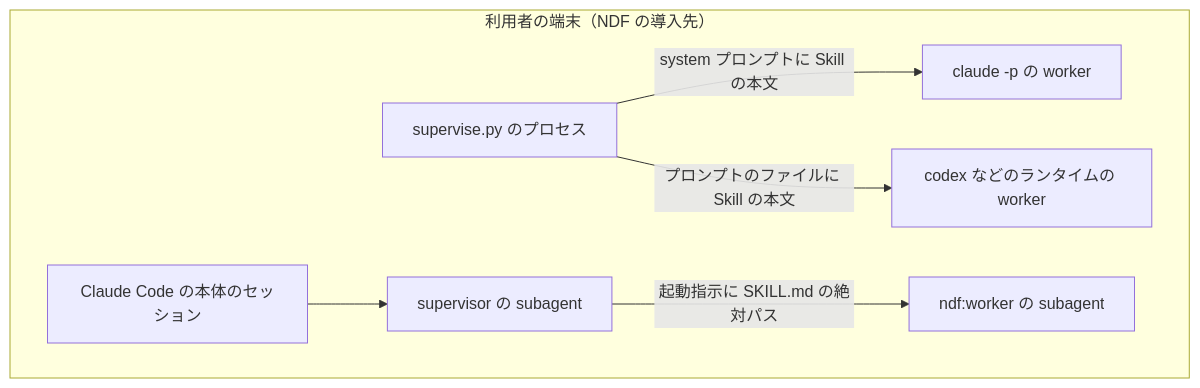
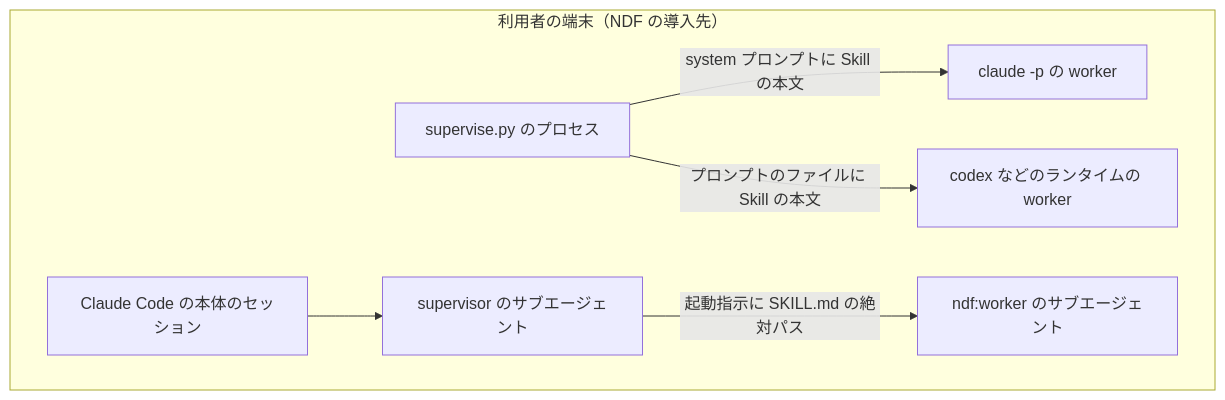
Before and after one commit to devbasex/ai-plugins: the second of 4 diagrams in issues/issue-2376-design.md, drawn with Mermaid. The commit also changed other lines of this file, not shown here.

````diff
--- a/issues/issue-2376-design.md
+++ b/issues/issue-2376-design.md
@@ -149,15 +151,15 @@
 ```mermaid
 graph TD
     subgraph 利用者の端末["利用者の端末（NDF の導入先）"]
         SUP[supervise.py のプロセス]
         CP[claude -p の worker]
         RT[codex などのランタイムの worker]
         HOST[Claude Code の本体のセッション]
-        SV[supervisor の subagent]
-        NW[ndf:worker の subagent]
+        SV[supervisor のサブエージェント]
+        NW[ndf:worker のサブエージェント]
     end
     SUP -->|system プロンプトに Skill の本文| CP
     SUP -->|プロンプトのファイルに Skill の本文| RT
     HOST --> SV
     SV -->|起動指示に SKILL.md の絶対パス| NW
 ```
````
